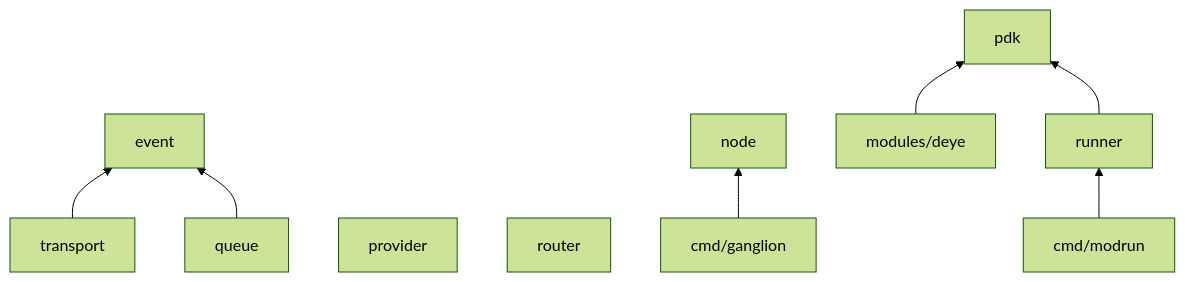
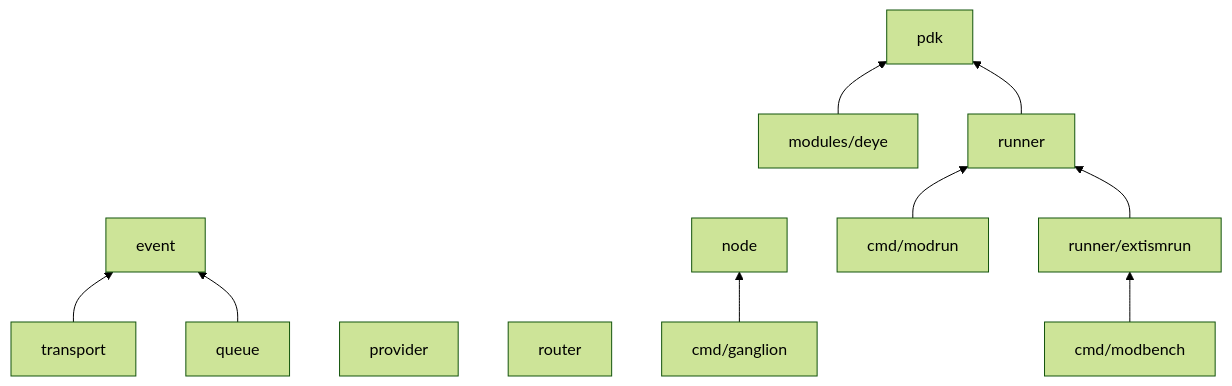
The diagram in docs/architecture/05-code-map.md (igorrius/ganglion), drawn with Mermaid (forest theme) before and after one commit. The commit also changed other lines of this file and 32 other files, not shown here.

````diff
--- a/docs/architecture/05-code-map.md
+++ b/docs/architecture/05-code-map.md
@@ -34,14 +39,16 @@
 ```mermaid
 flowchart BT
     event["event"]
     transport["transport"] --> event
     queue["queue"] --> event
     provider["provider"]
     router["router"]
     node["node"]
     cmd["cmd/ganglion"] --> node
     pdk["pdk"]
     deye["modules/deye"] --> pdk
     runner["runner"] --> pdk
     modrun["cmd/modrun"] --> runner
+    extismrun["runner/extismrun"] --> runner
+    modbench["cmd/modbench"] --> extismrun
 ```
````
